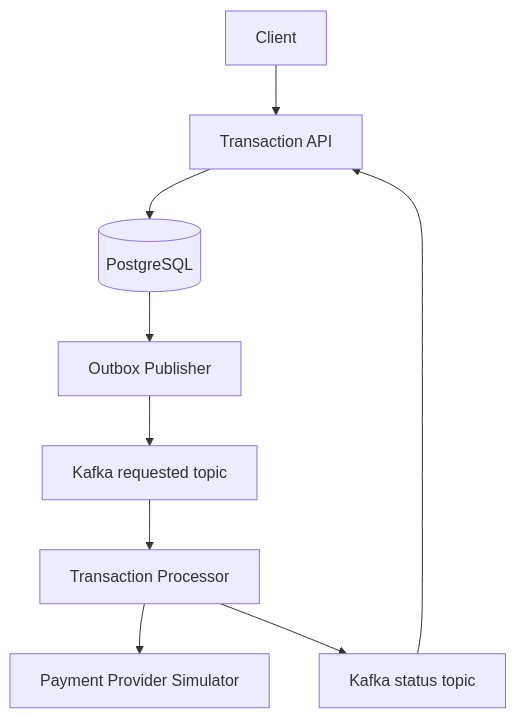
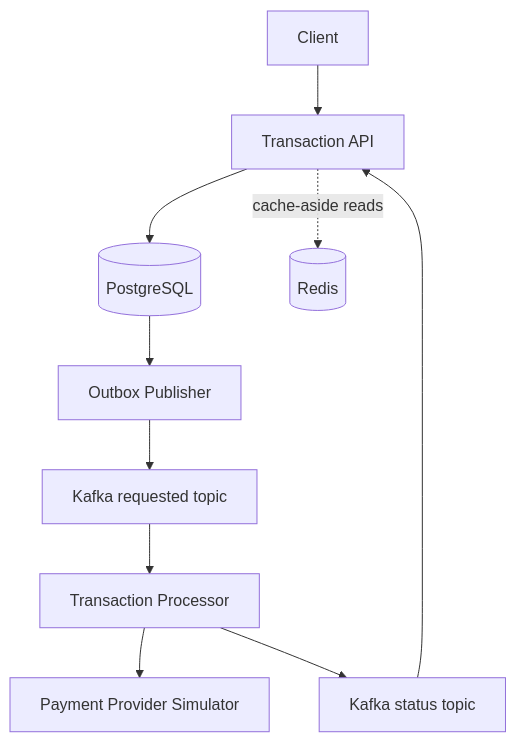
The first of 3 diagrams in README.md (theInfamousBri/ledgerflow), drawn with Mermaid before and after one commit. The commit also changed other lines of this file and 15 other files, not shown here.

Commit message:
feat: add resilient Redis transaction read cache

````diff
--- a/README.md
+++ b/README.md
@@ -16,11 +16,12 @@
 ```mermaid
 flowchart TD
     Client["Client"] --> API["Transaction API"]
     API --> Database[("PostgreSQL")]
+    API -. "cache-aside reads" .-> Redis[("Redis")]
     Database --> Publisher["Outbox Publisher"]
     Publisher --> Requested["Kafka requested topic"]
     Requested --> Processor["Transaction Processor"]
     Processor --> Provider["Payment Provider Simulator"]
     Processor --> Status["Kafka status topic"]
     Status --> API
 ```
````
